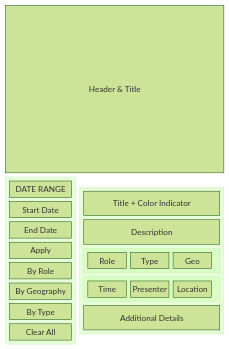
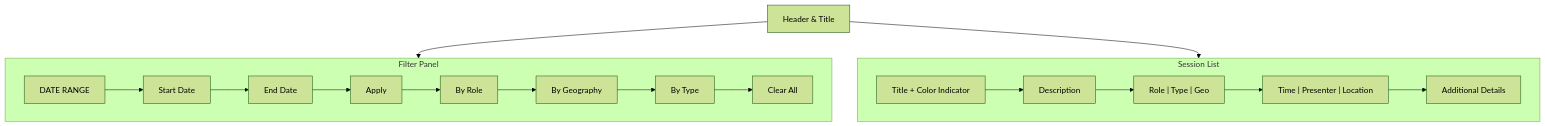
Before and after one commit to leojacinto/AILearningDay: the diagram in README.md, drawn with Mermaid (forest theme).

Commit message:
Obfuscate demo instance URL and switch layout diagram to flowchart

````diff
--- a/README.md
+++ b/README.md
@@ -172,36 +172,23 @@
 ```mermaid
-block-beta
-    columns 3
-    Header["Header & Title"]:3
+flowchart TD
+    Header["Header & Title"]
+    Header --> FilterPanel
+    Header --> SessionList
 
-    block:FilterPanel:1
-        columns 1
-        DR["DATE RANGE"]
-        SD["Start Date"]
-        ED["End Date"]
-        Apply["Apply"]
-        FR["By Role"]
-        FG["By Geography"]
-        FT["By Type"]
-        Clear["Clear All"]
+    subgraph FilterPanel["Filter Panel"]
+        DR["DATE RANGE"] --> SD["Start Date"]
+        SD --> ED["End Date"]
+        ED --> Apply["Apply"]
+        Apply --> FR["By Role"]
+        FR --> FG["By Geography"]
+        FG --> FT["By Type"]
+        FT --> Clear["Clear All"]
     end
 
-    block:SessionList:2
-        columns 1
-        Title["Title + Color Indicator"]
-        Desc["Description"]
-        block:MetaRow1
-            columns 3
-            Role["Role"]
-            Type["Type"]
-            Geo["Geo"]
-        end
-        block:MetaRow2
-            columns 3
-            Time["Time"]
-            Presenter["Presenter"]
-            Location["Location"]
-        end
-        Details["Additional Details"]
+    subgraph SessionList["Session List"]
+        Title["Title + Color Indicator"] --> Desc["Description"]
+        Desc --> Meta1["Role | Type | Geo"]
+        Meta1 --> Meta2["Time | Presenter | Location"]
+        Meta2 --> Details["Additional Details"]
     end
 ```
````
